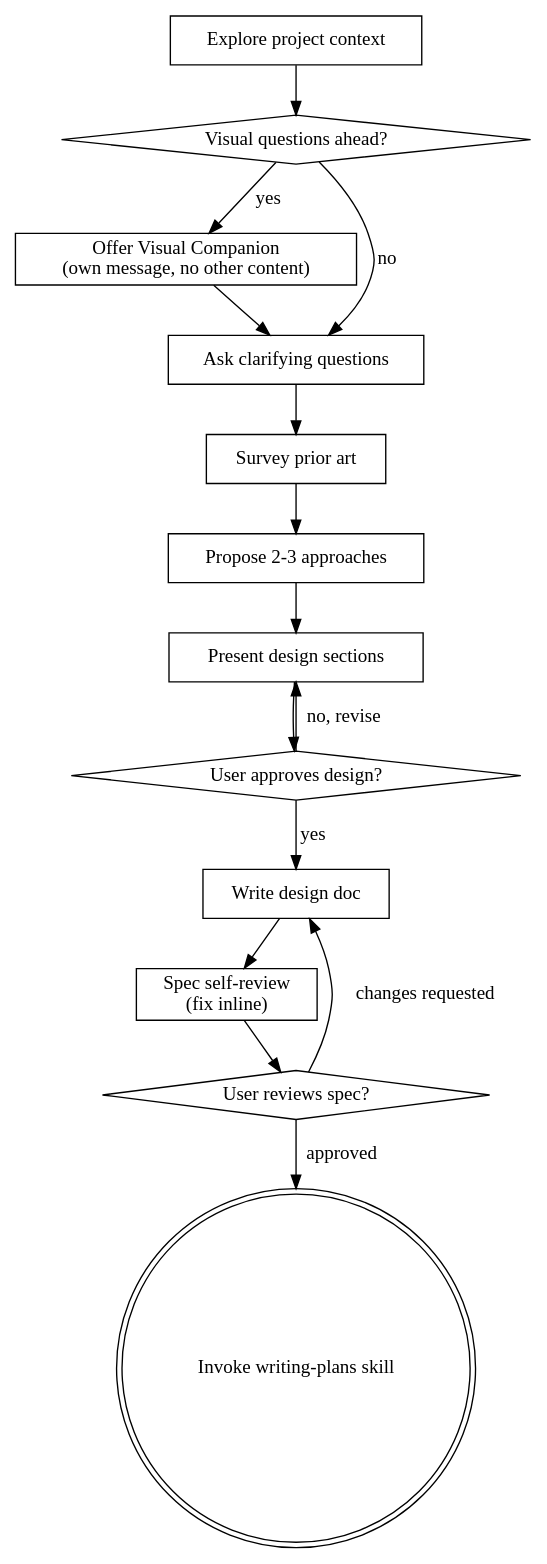
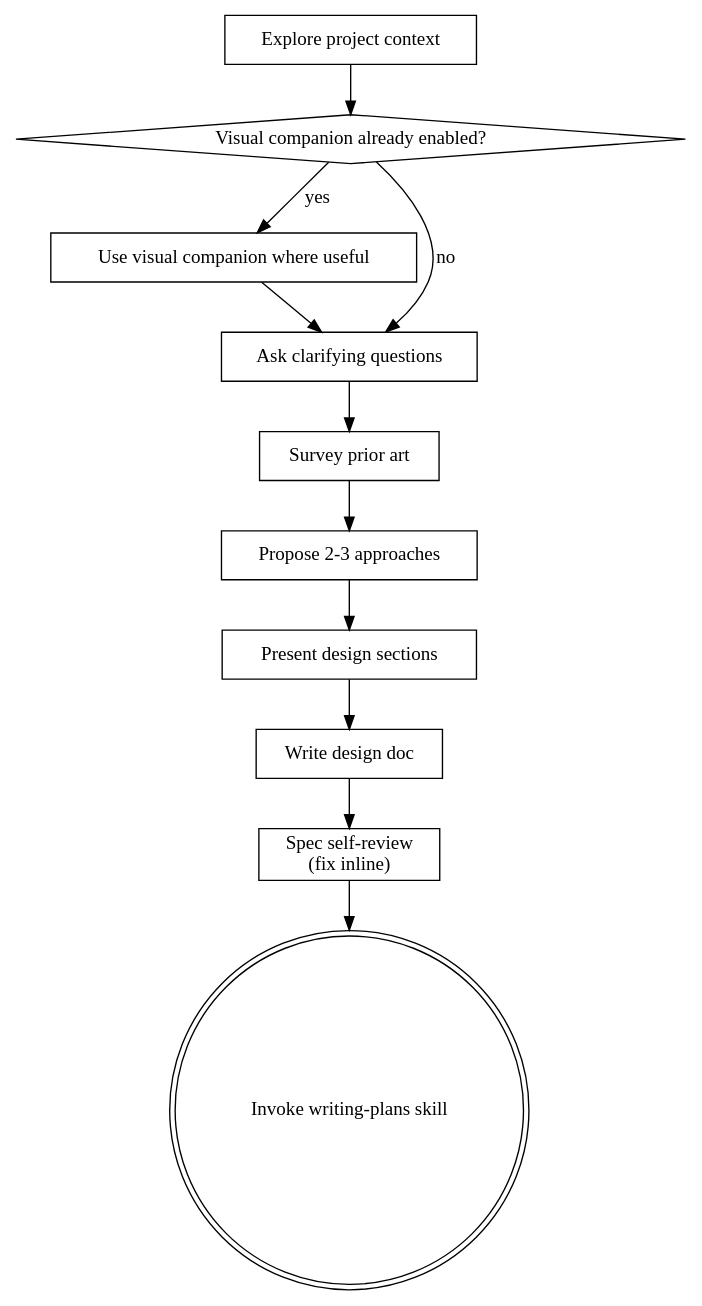
The diagram in skills/brainstorming/SKILL.md (jonathanmoregard/superpowers), drawn with Graphviz before and after one commit. The commit also changed other lines of this file, not shown here.

````diff
--- a/skills/brainstorming/SKILL.md
+++ b/skills/brainstorming/SKILL.md
@@ -37,31 +36,25 @@
 ```dot
 digraph brainstorming {
     "Explore project context" [shape=box];
-    "Visual questions ahead?" [shape=diamond];
-    "Offer Visual Companion\n(own message, no other content)" [shape=box];
+    "Visual companion already enabled?" [shape=diamond];
+    "Use visual companion where useful" [shape=box];
     "Ask clarifying questions" [shape=box];
     "Survey prior art" [shape=box];
     "Propose 2-3 approaches" [shape=box];
     "Present design sections" [shape=box];
-    "User approves design?" [shape=diamond];
     "Write design doc" [shape=box];
     "Spec self-review\n(fix inline)" [shape=box];
-    "User reviews spec?" [shape=diamond];
     "Invoke writing-plans skill" [shape=doublecircle];
 
-    "Explore project context" -> "Visual questions ahead?";
-    "Visual questions ahead?" -> "Offer Visual Companion\n(own message, no other content)" [label="yes"];
-    "Visual questions ahead?" -> "Ask clarifying questions" [label="no"];
-    "Offer Visual Companion\n(own message, no other content)" -> "Ask clarifying questions";
+    "Explore project context" -> "Visual companion already enabled?";
+    "Visual companion already enabled?" -> "Use visual companion where useful" [label="yes"];
+    "Visual companion already enabled?" -> "Ask clarifying questions" [label="no"];
+    "Use visual companion where useful" -> "Ask clarifying questions";
     "Ask clarifying questions" -> "Survey prior art";
     "Survey prior art" -> "Propose 2-3 approaches";
     "Propose 2-3 approaches" -> "Present design sections";
-    "Present design sections" -> "User approves design?";
-    "User approves design?" -> "Present design sections" [label="no, revise"];
-    "User approves design?" -> "Write design doc" [label="yes"];
+    "Present design sections" -> "Write design doc";
     "Write design doc" -> "Spec self-review\n(fix inline)";
-    "Spec self-review\n(fix inline)" -> "User reviews spec?";
-    "User reviews spec?" -> "Write design doc" [label="changes requested"];
-    "User reviews spec?" -> "Invoke writing-plans skill" [label="approved"];
+    "Spec self-review\n(fix inline)" -> "Invoke writing-plans skill";
 }
 ```
````
